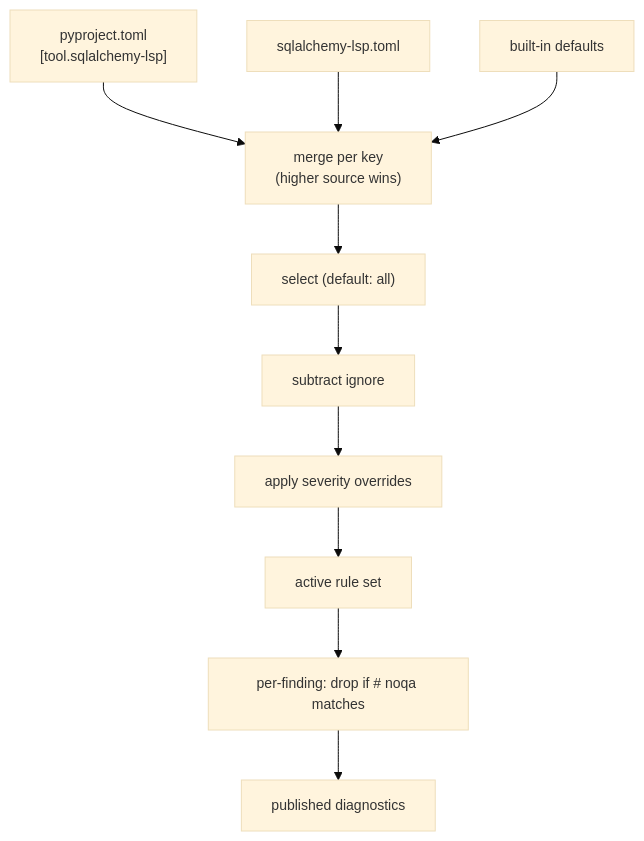
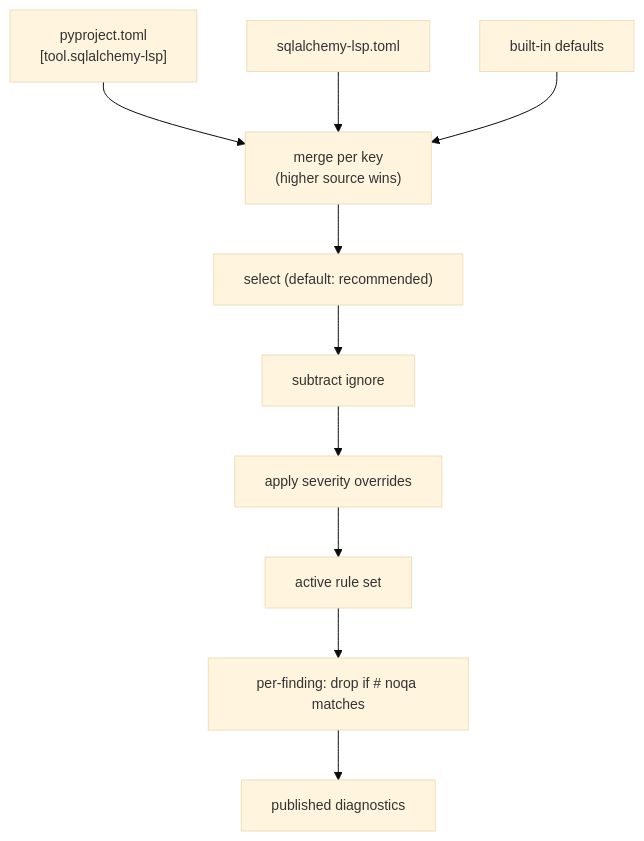
Before and after one commit to alex-oleshkevich/sqlalchemy-lsp: the diagram in specs/foundations/E15-app-config.md, drawn with Mermaid. The commit also changed 2 other files, not shown here.

Commit message:
Fix Mermaid parse errors: rename reserved 'call' node id to 'callsite'
`call` is a reserved keyword in Mermaid (interaction callbacks), so using it as
a node id broke the F03 and F09 decision-tree diagrams. Renamed to `callsite`.
Also corrected the stale E15 diagram label (select default is 'recommended').

````diff
--- a/specs/foundations/E15-app-config.md
+++ b/specs/foundations/E15-app-config.md
@@ -247,13 +247,13 @@
 ```mermaid
 %%{init: {'theme': 'base', 'themeVariables': {'fontSize': '14px'}}}%%
 flowchart TD
     A["pyproject.toml<br>[tool.sqlalchemy-lsp]"] --> M["merge per key<br>(higher source wins)"]
     B["sqlalchemy-lsp.toml"] --> M
     C["built-in defaults"] --> M
-    M --> S["select (default: all)"]
+    M --> S["select (default: recommended)"]
     S --> I["subtract ignore"]
     I --> V["apply severity overrides"]
     V --> R["active rule set"]
     R --> N["per-finding: drop if # noqa matches"]
     N --> O["published diagnostics"]
 ```
````
